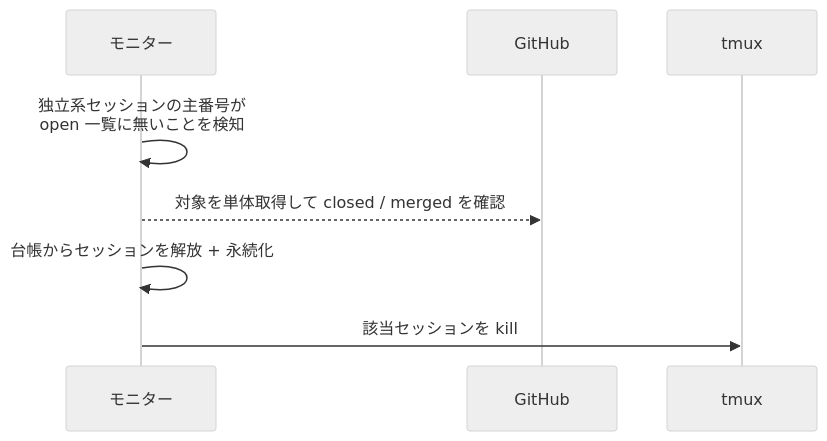
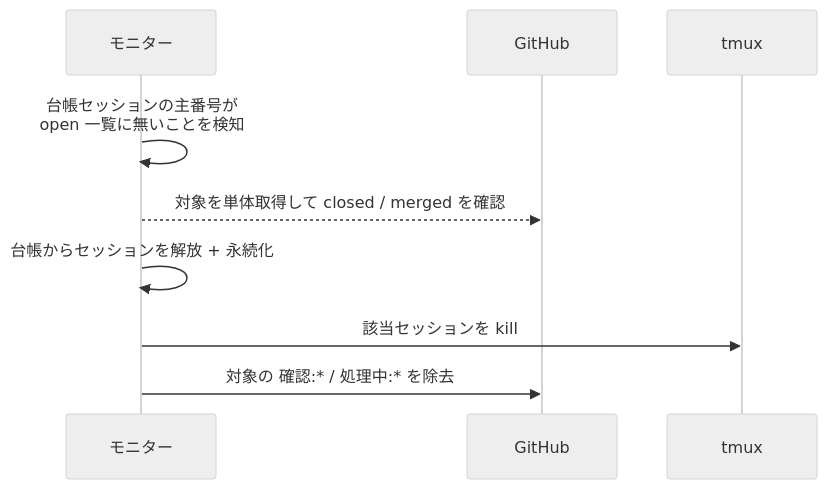
The first of 3 diagrams in docs/wiki/設計図/インターフェース定義/バックエンド/個別解放.py.md (shuhei1101/ai-monitor), drawn with Mermaid (neutral theme) before and after one commit. The commit also changed other lines of this file and 10 other files, not shown here.

````diff
--- a/docs/wiki/設計図/インターフェース定義/バックエンド/個別解放.py.md
+++ b/docs/wiki/設計図/インターフェース定義/バックエンド/個別解放.py.md
@@ -41,11 +45,12 @@
 ```mermaid
 sequenceDiagram
   participant MON as モニター
   participant GH as GitHub
   participant TMUX as tmux
 
-  MON->>MON: 独立系セッションの主番号が<br>open 一覧に無いことを検知
+  MON->>MON: 台帳セッションの主番号が<br>open 一覧に無いことを検知
   MON-->>GH: 対象を単体取得して closed / merged を確認
   MON->>MON: 台帳からセッションを解放 + 永続化
   MON->>TMUX: 該当セッションを kill
+  MON->>GH: 対象の 確認:* / 処理中:* を除去
 ```
````
